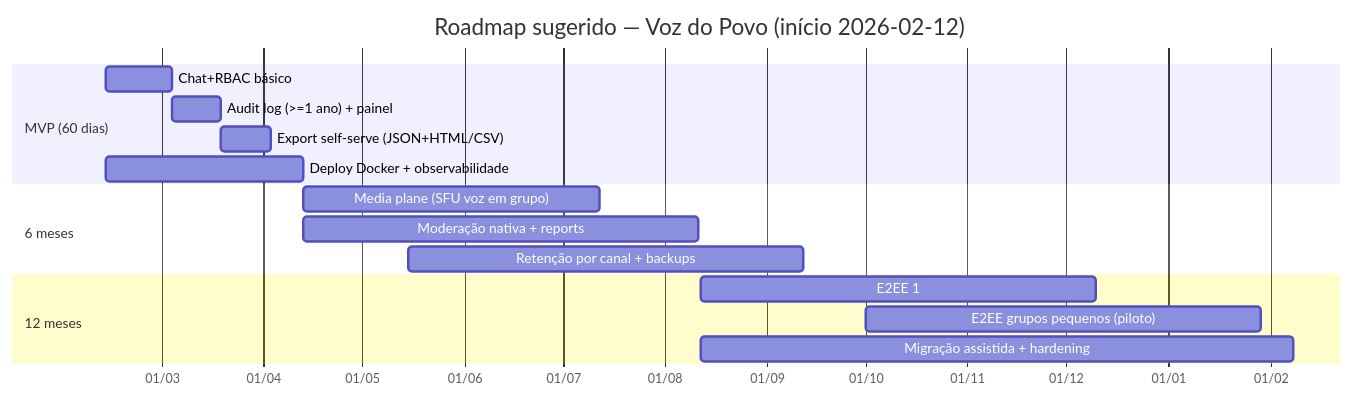
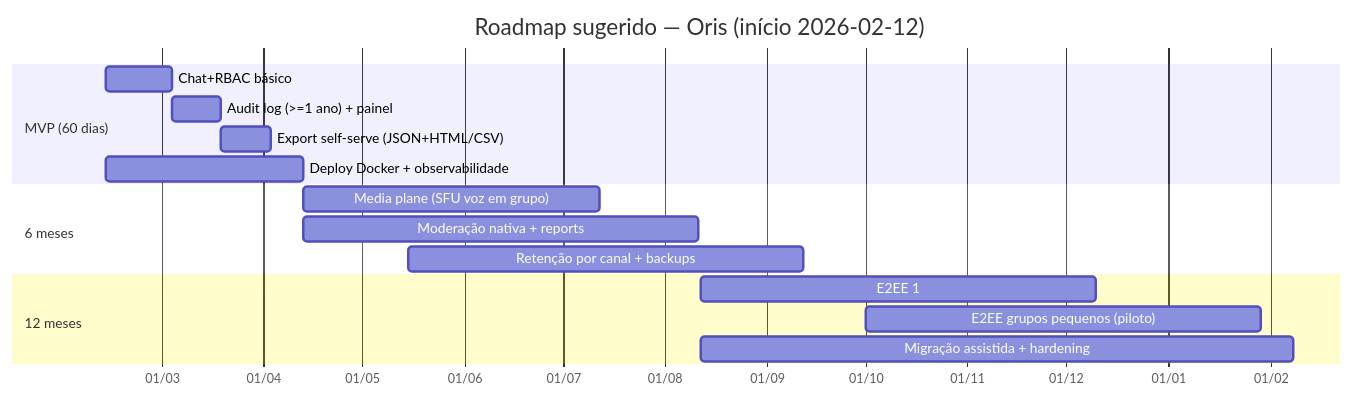
The first of 2 diagrams in docs/gpt-researchs/Relatório analítico de lacunas.md (gabcmelo/oris), drawn with Mermaid before and after one commit. The commit also changed other lines of this file and 41 other files, not shown here.

````diff
--- a/docs/gpt-researchs/Relatório analítico de lacunas.md
+++ b/docs/gpt-researchs/Relatório analítico de lacunas.md
@@ -194,22 +194,22 @@
 ```mermaid
 gantt
-    title Roadmap sugerido — Voz do Povo (início 2026-02-12)
+    title Roadmap sugerido — Oris (início 2026-02-12)
     dateFormat  YYYY-MM-DD
     axisFormat  %d/%m
 
     section MVP (60 dias)
     Chat+RBAC básico                 :a1, 2026-02-12, 20d
     Audit log (>=1 ano) + painel     :a2, after a1, 15d
     Export self-serve (JSON+HTML/CSV):a3, after a2, 15d
     Deploy Docker + observabilidade  :a4, 2026-02-12, 60d
 
     section 6 meses
     Media plane (SFU voz em grupo)   :b1, 2026-04-13, 90d
     Moderação nativa + reports       :b2, 2026-04-13, 120d
     Retenção por canal + backups     :b3, 2026-05-15, 120d
 
     section 12 meses
     E2EE 1:1 sólido                  :c1, 2026-08-12, 120d
     E2EE grupos pequenos (piloto)    :c2, 2026-10-01, 120d
     Migração assistida + hardening   :c3, 2026-08-12, 180d
 ```
````
